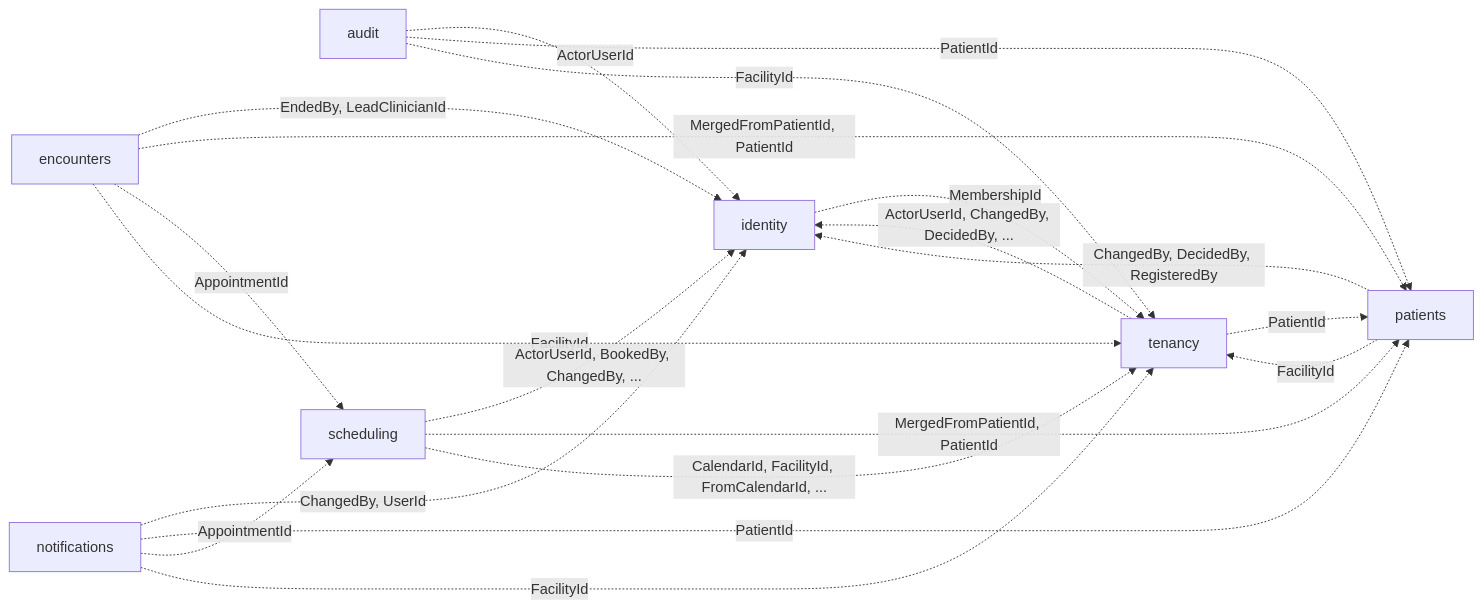
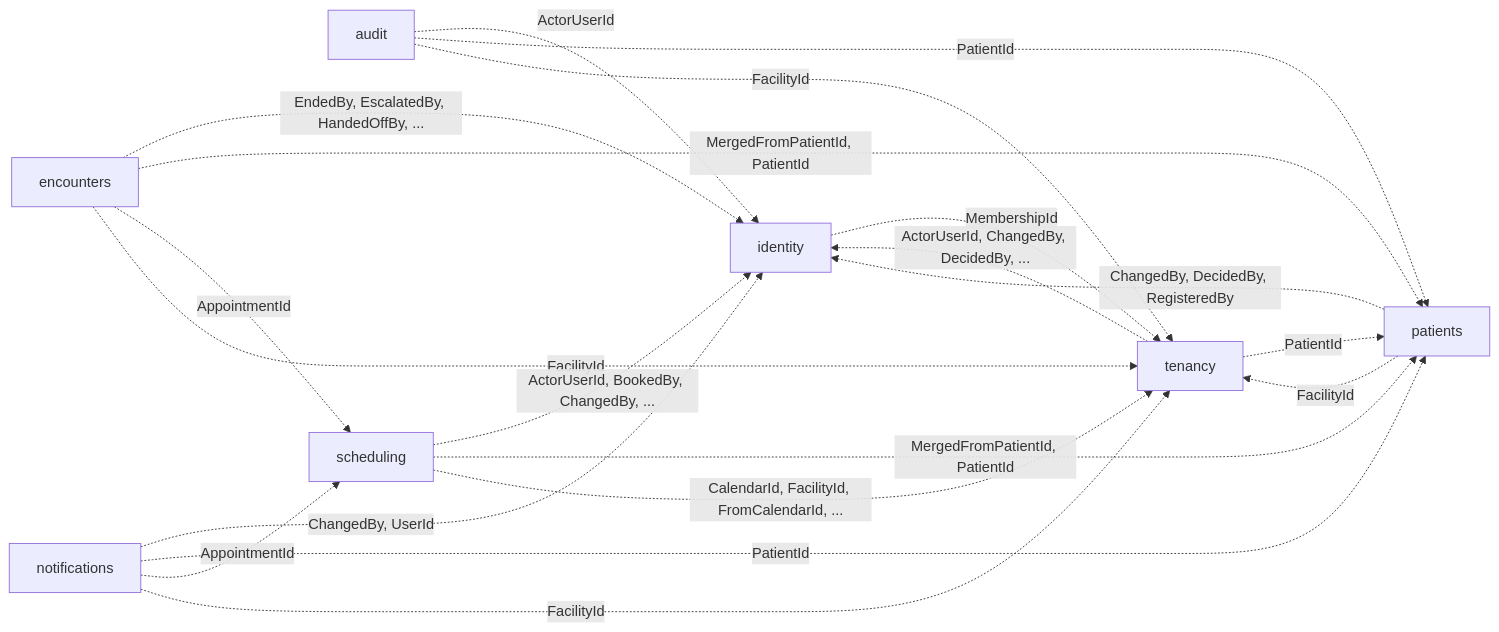
Before and after one commit to ALFRED-LUCIFER/medvya: the third of 13 diagrams in docs/03-architecture/erd.md, drawn with Mermaid. The commit also changed other lines of this file and 41 other files, not shown here.

````diff
--- a/docs/03-architecture/erd.md
+++ b/docs/03-architecture/erd.md
@@ -86,22 +86,22 @@
 ```mermaid
 flowchart LR
   audit -.->|"ActorUserId"| identity
   audit -.->|"PatientId"| patients
   audit -.->|"FacilityId"| tenancy
-  encounters -.->|"EndedBy, LeadClinicianId"| identity
+  encounters -.->|"EndedBy, EscalatedBy, HandedOffBy, ..."| identity
   encounters -.->|"MergedFromPatientId, PatientId"| patients
   encounters -.->|"AppointmentId"| scheduling
   encounters -.->|"FacilityId"| tenancy
   identity -.->|"MembershipId"| tenancy
   notifications -.->|"ChangedBy, UserId"| identity
   notifications -.->|"PatientId"| patients
   notifications -.->|"AppointmentId"| scheduling
   notifications -.->|"FacilityId"| tenancy
   patients -.->|"ChangedBy, DecidedBy, RegisteredBy"| identity
   patients -.->|"FacilityId"| tenancy
   scheduling -.->|"ActorUserId, BookedBy, ChangedBy, ..."| identity
   scheduling -.->|"MergedFromPatientId, PatientId"| patients
   scheduling -.->|"CalendarId, FacilityId, FromCalendarId, ..."| tenancy
   tenancy -.->|"ActorUserId, ChangedBy, DecidedBy, ..."| identity
   tenancy -.->|"PatientId"| patients
 ```
````
